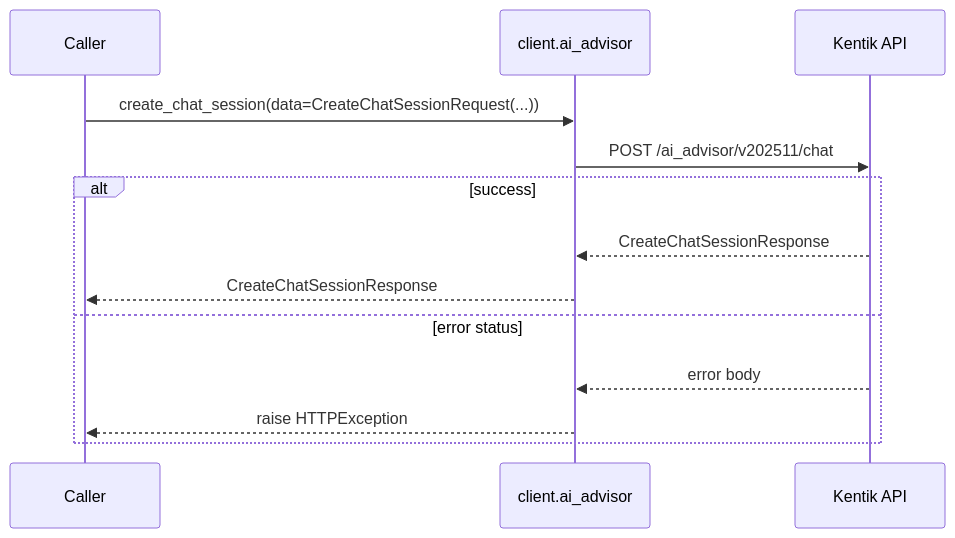
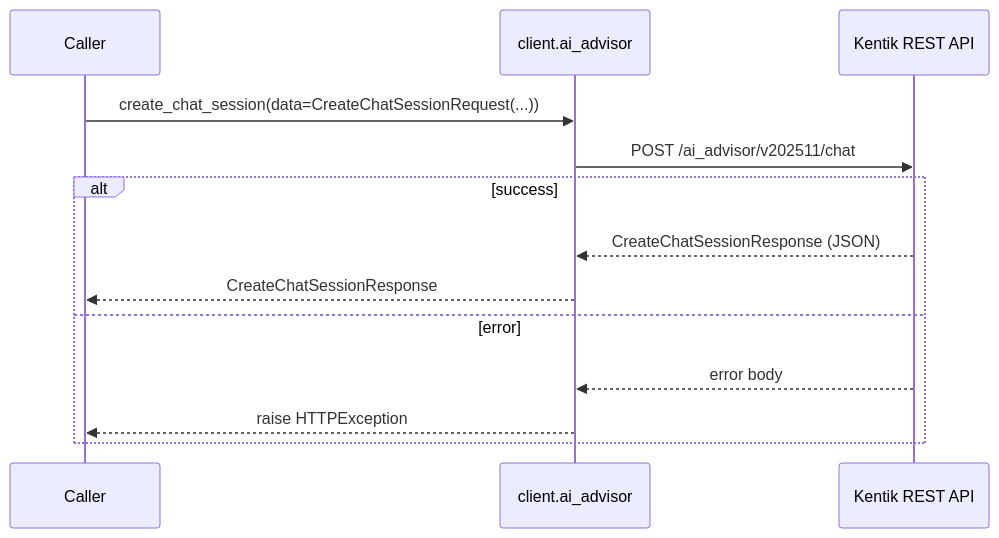
Before and after one commit to alexdearaujo/community_sdk_python: the second of 8 diagrams in docs/sphinx/services/ai_advisor.md, drawn with Mermaid. The commit also changed other lines of this file and 61 other files, not shown here.

````diff
--- a/docs/sphinx/services/ai_advisor.md
+++ b/docs/sphinx/services/ai_advisor.md
@@ -33,16 +35,16 @@
 ```mermaid
 sequenceDiagram
     participant C as Caller
     participant W as client.ai_advisor
-    participant API as Kentik API
+    participant API as Kentik REST API
 
     C->>W: create_chat_session(data=CreateChatSessionRequest(...))
     W->>API: POST /ai_advisor/v202511/chat
     alt success
-        API-->>W: CreateChatSessionResponse
+        API-->>W: CreateChatSessionResponse (JSON)
         W-->>C: CreateChatSessionResponse
-    else error status
+    else error
         API-->>W: error body
         W-->>C: raise HTTPException
     end
 ```
````
